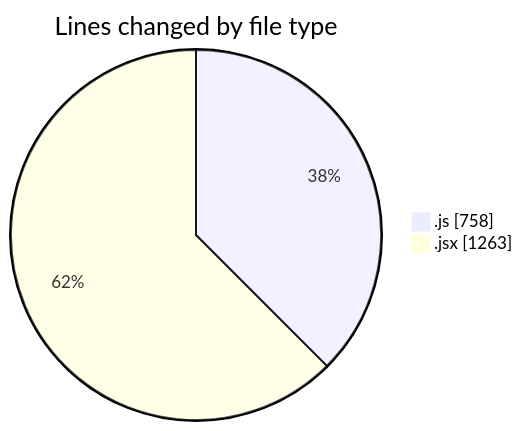
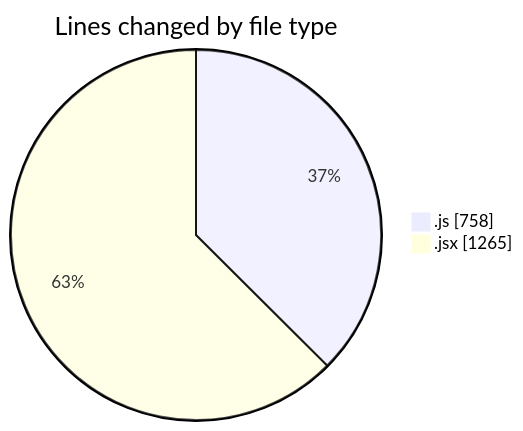
Before and after one commit to nxtqubesakshisongat/code-tracking: the first of 2 diagrams in 2025-05-31/nxtqube_webapp/README.md, drawn with Mermaid. The commit also changed other lines of this file and 1 other file, not shown here.

````diff
--- a/2025-05-31/nxtqube_webapp/README.md
+++ b/2025-05-31/nxtqube_webapp/README.md
@@ -28,6 +28,6 @@
 ```mermaid
 pie showData
 title Lines changed by file type
 ".js" : 758
-".jsx" : 1263
+".jsx" : 1265
 ```
````
